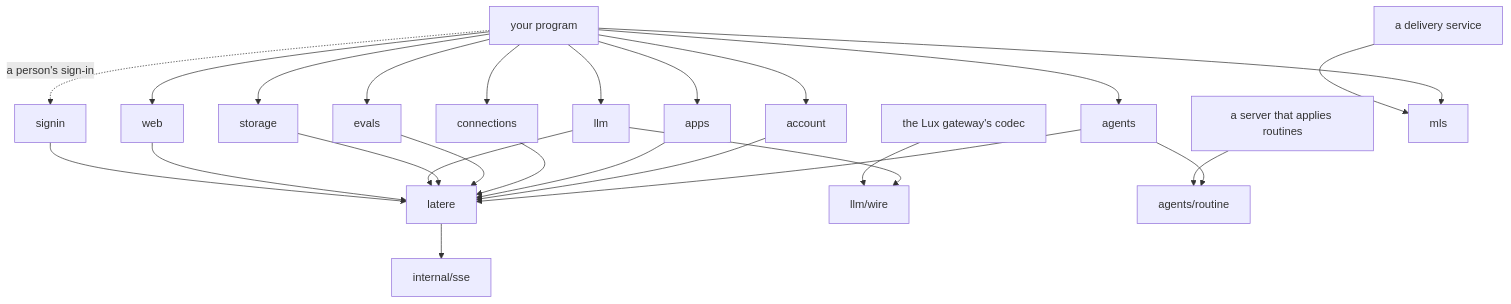
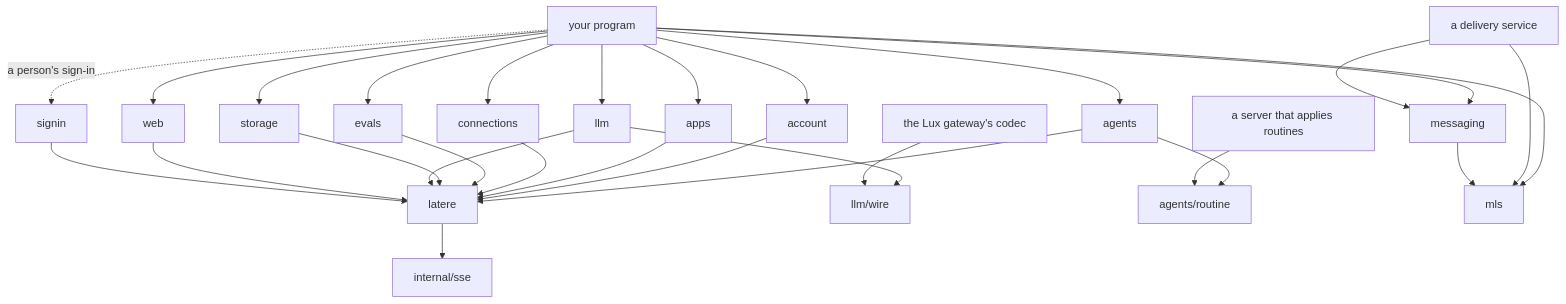
One commit to latere-ai/sdk-go changed the diagram in docs/design.md. Above: the diagram before and after it, drawn with Mermaid. The commit also changed other lines of this file and 23 other files, not shown here.

First line of the commit message:
messaging: conversations between people over mls

````diff
--- a/docs/design.md
+++ b/docs/design.md
@@ -23,28 +23,31 @@
 ```mermaid
 flowchart TD
     agents --> latere
     account --> latere
     apps --> latere
     connections --> latere
     evals --> latere
     storage --> latere
     llm --> latere
     llm --> wire[llm/wire]
     agents --> routine[agents/routine]
     web --> latere
     signin --> latere
     latere --> sse[internal/sse]
     app[your program] --> agents
     app --> account
     app --> apps
     app --> connections
     app --> evals
     app --> storage
     app --> llm
     app --> web
     app -. a person's sign-in .-> signin
     gateway[the Lux gateway's codec] --> wire
     server[a server that applies routines] --> routine
     app --> mls
     ds[a delivery service] --> mls
+    app --> messaging
+    ds --> messaging
+    messaging --> mls
 ```
````
